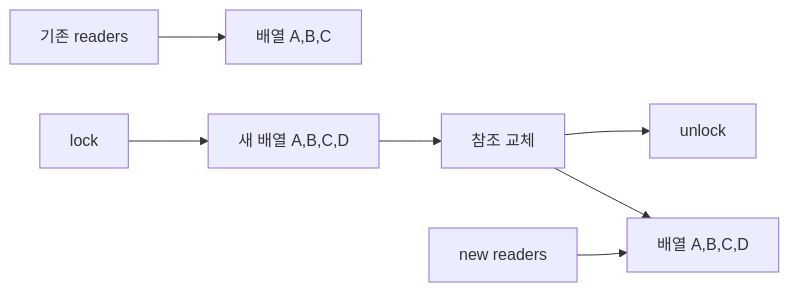
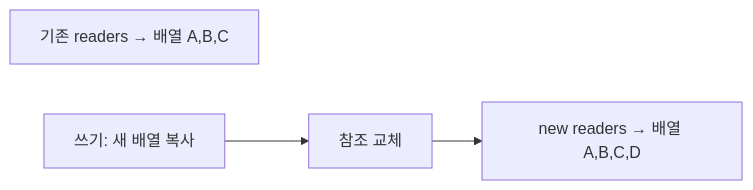
Before and after one commit to yjkim2015/yjkim2015.github.io: the fifth of 21 diagrams in _posts/java/2026-05-01-java-collections.md, drawn with Mermaid. The commit also changed other lines of this file and 163 other files, not shown here.

First line of the commit message:
Mermaid 300개 블록 내용 축소: 5노드 5엣지 이하, 의미 있는 약어

````diff
--- a/_posts/java/2026-05-01-java-collections.md
+++ b/_posts/java/2026-05-01-java-collections.md
@@ -206,7 +202,6 @@
 ```mermaid
 graph LR
-    R1["기존 readers"] --> A1["배열 A,B,C"]
-    L["lock"] --> N["새 배열 A,B,C,D"] --> REF["참조 교체"] --> U["unlock"]
-    REF --> A2["배열 A,B,C,D"]
-    NR["new readers"] --> A2
+    OLD["기존 readers → 배열 A,B,C"]
+    WRITE["쓰기: 새 배열 복사"] --> REF["참조 교체"]
+    REF --> NEW["new readers → 배열 A,B,C,D"]
 ```
````
